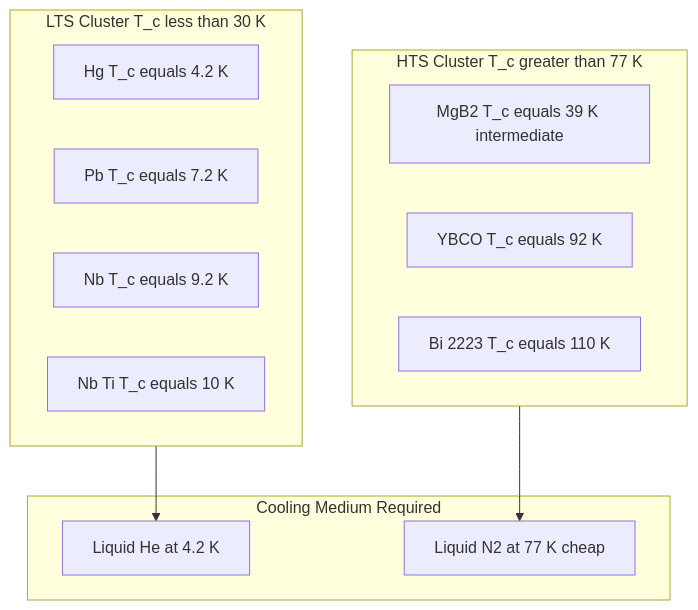
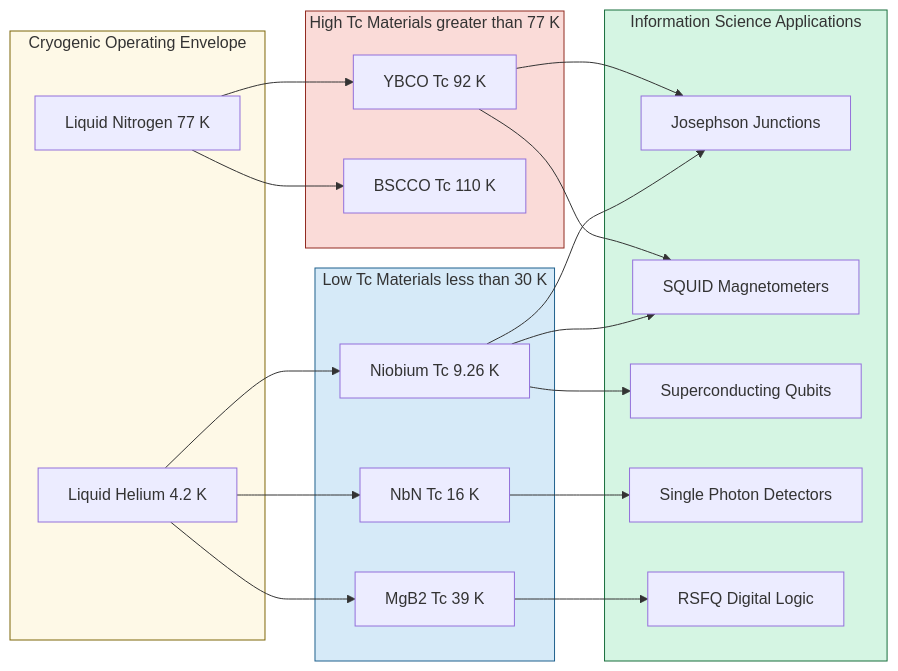
The second of 4 diagrams in public/notes/computer-science-and-engineering/semester-1/gapht121-physics-for-information-science/01-module-1-electrical-conductivity/transition-temperature/notes.md (vishnuu-kr/ktunode), drawn with Mermaid before and after one commit. The commit also changed other lines of this file and 4829 other files, not shown here.

````diff
--- a/public/notes/computer-science-and-engineering/semester-1/gapht121-physics-for-information-science/01-module-1-electrical-conductivity/transition-temperature/notes.md
+++ b/public/notes/computer-science-and-engineering/semester-1/gapht121-physics-for-information-science/01-module-1-electrical-conductivity/transition-temperature/notes.md
@@ -484,20 +439,45 @@
 ```mermaid
-flowchart TB
-    subgraph LTS["LTS Cluster T_c less than 30 K"]
-        L1["Hg T_c equals 4.2 K"]
-        L2["Pb T_c equals 7.2 K"]
-        L3["Nb T_c equals 9.2 K"]
-        L4["Nb Ti T_c equals 10 K"]
+flowchart LR
+    subgraph CRYOGENICS["Cryogenic Operating Envelope"]
+        LHe["Liquid Helium 4.2 K"]
+        LN2["Liquid Nitrogen 77 K"]
     end
-    subgraph HTS["HTS Cluster T_c greater than 77 K"]
-        H1["MgB2 T_c equals 39 K intermediate"]
-        H2["YBCO T_c equals 92 K"]
-        H3["Bi 2223 T_c equals 110 K"]
+
+    subgraph LOWTC["Low Tc Materials less than 30 K"]
+        Nb["Niobium Tc 9.26 K"]
+        NbN["NbN Tc 16 K"]
+        MgB2["MgB2 Tc 39 K"]
     end
-    subgraph Cooling["Cooling Medium Required"]
-        C1["Liquid He at 4.2 K"]
-        C2["Liquid N2 at 77 K cheap"]
+
+    subgraph HIGHT["High Tc Materials greater than 77 K"]
+        YBCO["YBCO Tc 92 K"]
+        BSCCO["BSCCO Tc 110 K"]
     end
-    LTS --> C1
-    HTS --> C2
+
+    subgraph APPS["Information Science Applications"]
+        JJ["Josephson Junctions"]
+        SQUID["SQUID Magnetometers"]
+        QUBIT["Superconducting Qubits"]
+        SNSPD["Single Photon Detectors"]
+        RSFQ["RSFQ Digital Logic"]
+    end
+
+    LHe --> Nb
+    LHe --> NbN
+    LHe --> MgB2
+    LN2 --> YBCO
+    LN2 --> BSCCO
+
+    Nb --> JJ
+    Nb --> SQUID
+    Nb --> QUBIT
+    NbN --> SNSPD
+    MgB2 --> RSFQ
+    YBCO --> JJ
+    YBCO --> SQUID
+
+    style CRYOGENICS fill:#fef9e7,stroke:#7d6608
+    style LOWTC fill:#d6eaf8,stroke:#1f618d
+    style HIGHT fill:#fadbd8,stroke:#922b21
+    style APPS fill:#d5f5e3,stroke:#196f3d
 ```
````
